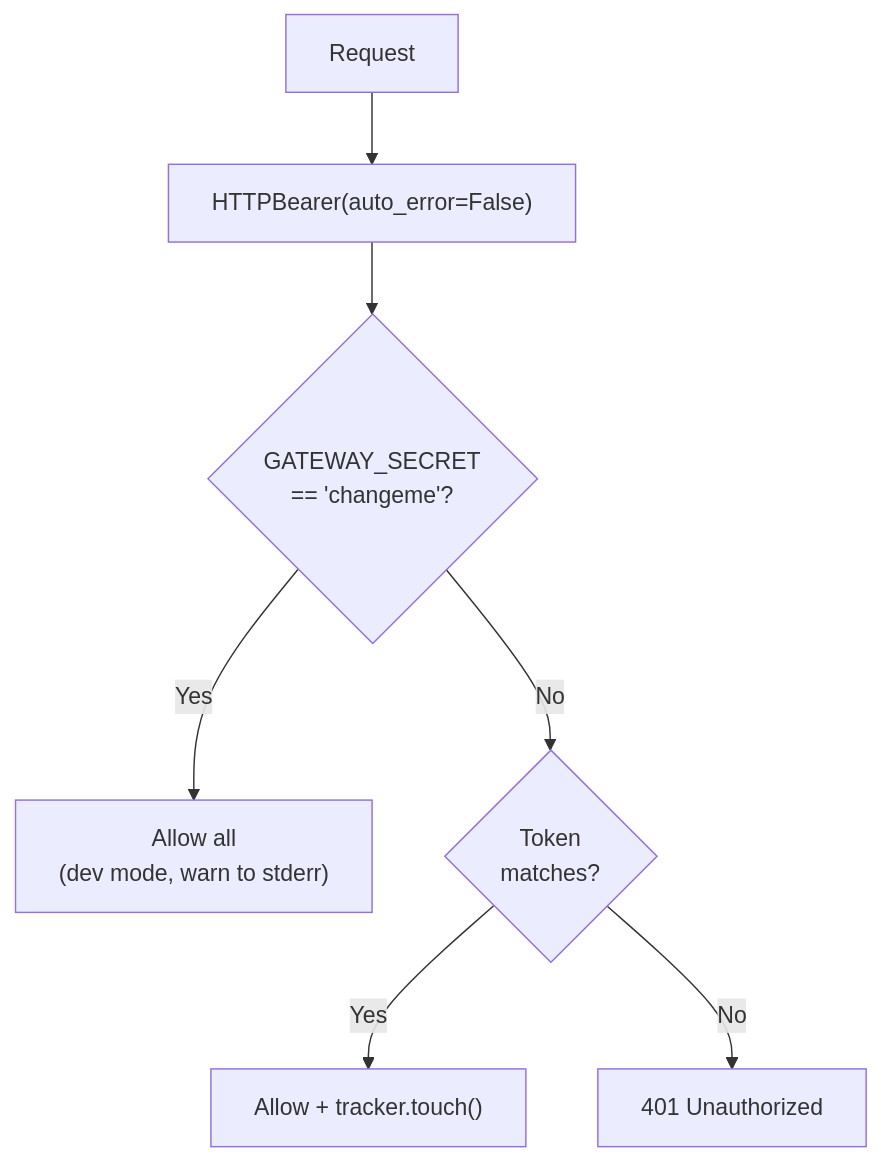
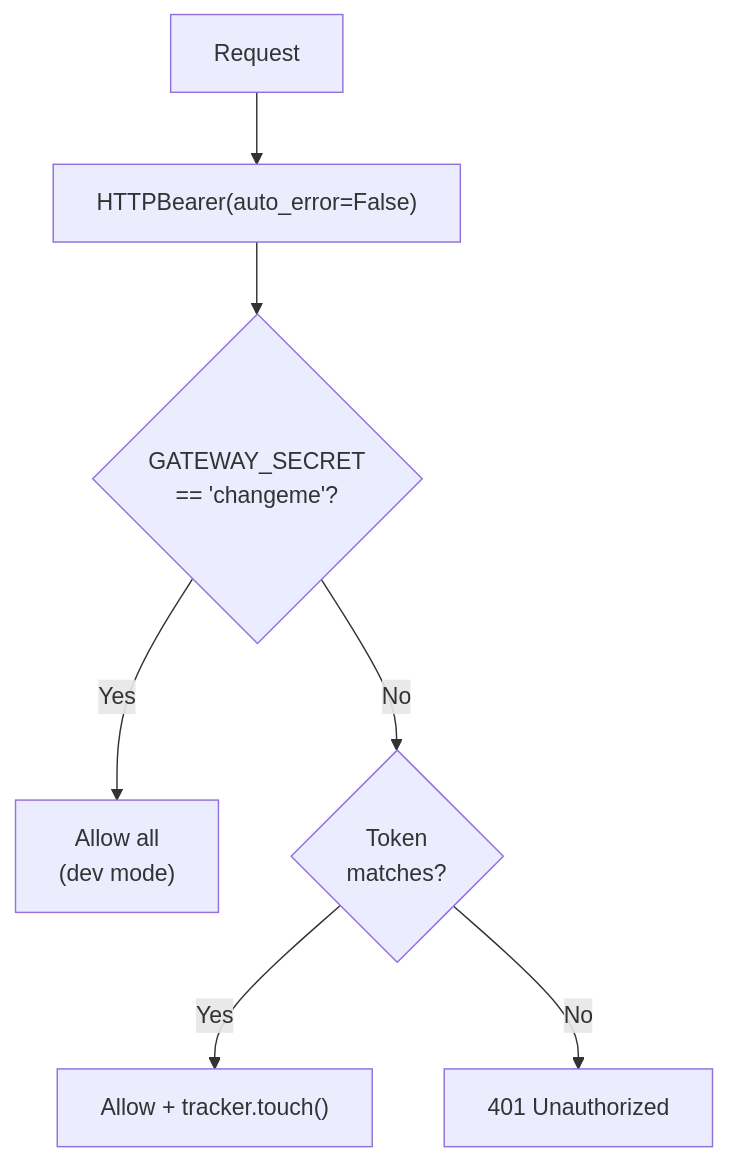
The fifth of 6 diagrams in docs/core/GATEWAY.md (brunogcar/agent), drawn with Mermaid before and after one commit. The commit also changed other lines of this file and 12 other files, not shown here.

````diff
--- a/docs/core/GATEWAY.md
+++ b/docs/core/GATEWAY.md
@@ -370,9 +389,9 @@
 ```mermaid
 graph TD
     A["Request"] --> B["HTTPBearer(auto_error=False)"]
     B --> C{GATEWAY_SECRET<br/>== 'changeme'?}
-    C -->|Yes| D["Allow all<br/>(dev mode, warn to stderr)"]
+    C -->|Yes| D["Allow all<br/>(dev mode)"]
     C -->|No| E{Token<br/>matches?}
     E -->|Yes| F["Allow + tracker.touch()"]
     E -->|No| G["401 Unauthorized"]
 ```
````
